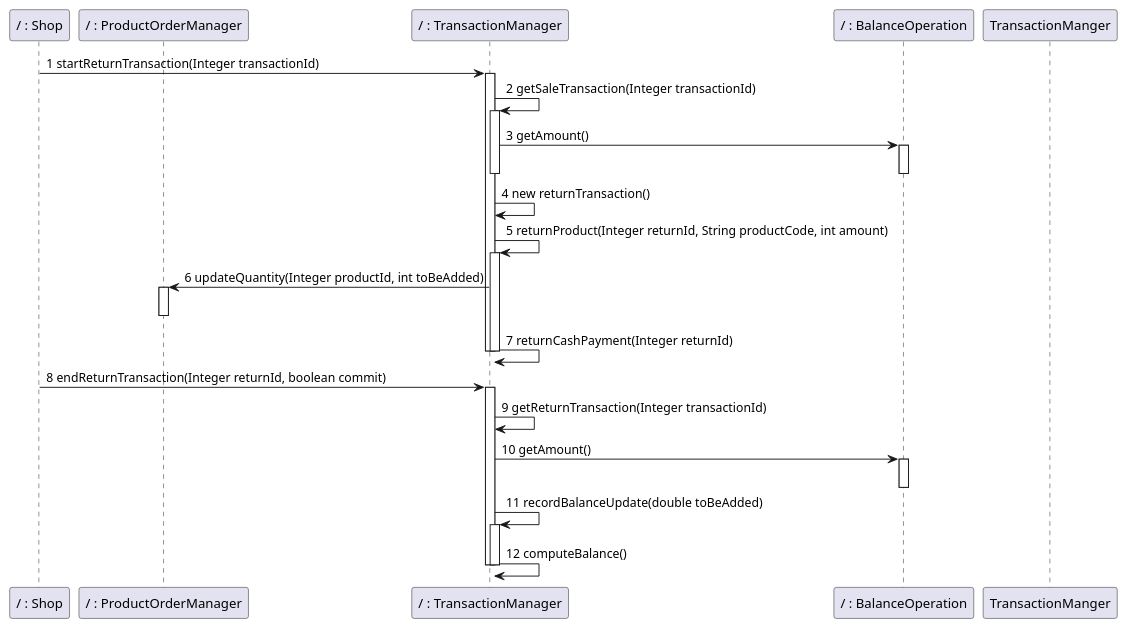
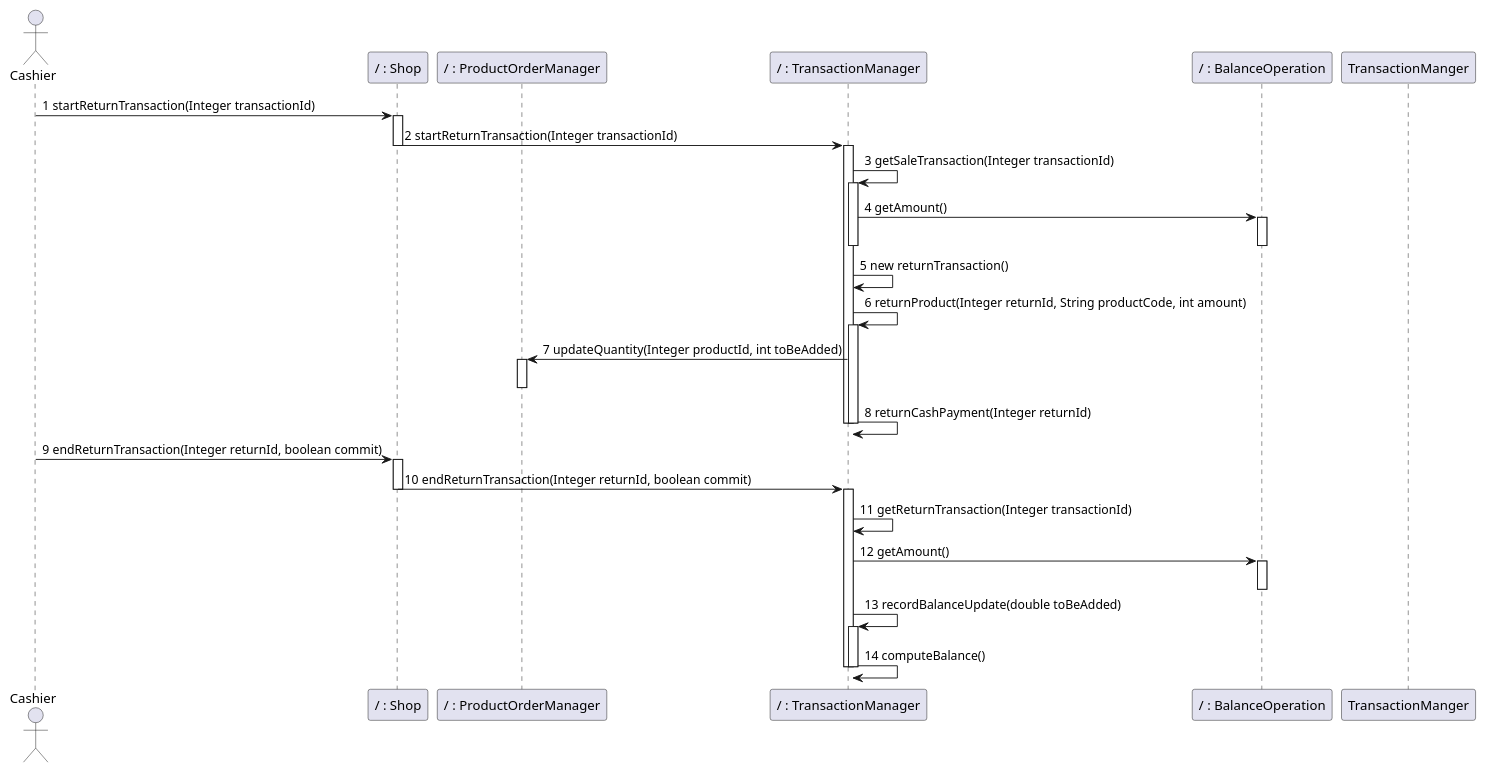
Before and after one commit to nicolabattaglino/ezshop: diagram 29 of 32 in Deliverables/DesignDocument.md, drawn with PlantUML. The commit also changed other lines of this file, not shown here.

Commit message:
added cashier

````diff
--- a/Deliverables/DesignDocument.md
+++ b/Deliverables/DesignDocument.md
@@ -1385,40 +1409,46 @@
 ```plantuml
 @startuml
-
+actor Cashier
 participant "/ : Shop" as Shop
 participant "/ : ProductOrderManager" as ProductOrderManager
 participant "/ : TransactionManager" as TransactionManager
 participant "/ : BalanceOperation" as BalanceOperation
-Shop -> TransactionManager:1 startReturnTransaction(Integer transactionId)
+Cashier -> Shop :1 startReturnTransaction(Integer transactionId)
+activate Shop
+Shop -> TransactionManager:2 startReturnTransaction(Integer transactionId)
+Deactivate Shop
 activate TransactionManager
-TransactionManager -> TransactionManager:2 getSaleTransaction(Integer transactionId)
+TransactionManager -> TransactionManager:3 getSaleTransaction(Integer transactionId)
 activate TransactionManager
-TransactionManager -> BalanceOperation :3 getAmount()
+TransactionManager -> BalanceOperation :4 getAmount()
 activate BalanceOperation
 deactivate BalanceOperation
 deactivate TransactionManager
-TransactionManager -> TransactionManager:4 new returnTransaction()
-TransactionManager -> TransactionManager:5 returnProduct(Integer returnId, String productCode, int amount)
+TransactionManager -> TransactionManager:5 new returnTransaction()
+TransactionManager -> TransactionManager:6 returnProduct(Integer returnId, String productCode, int amount)
 activate TransactionManager
-TransactionManager -> ProductOrderManager:6 updateQuantity(Integer productId, int toBeAdded)
+TransactionManager -> ProductOrderManager:7 updateQuantity(Integer productId, int toBeAdded)
 activate ProductOrderManager
 deactivate ProductOrderManager
-TransactionManager -> TransactionManager:7 returnCashPayment(Integer returnId)
+TransactionManager -> TransactionManager:8 returnCashPayment(Integer returnId)
 deactivate TransactionManager 
 deactivate TransactionManager
-Shop -> TransactionManager:8 endReturnTransaction(Integer returnId, boolean commit)
+Cashier -> Shop :9 endReturnTransaction(Integer returnId, boolean commit)
+activate Shop
+Shop -> TransactionManager:10 endReturnTransaction(Integer returnId, boolean commit)
+deactivate Shop
 activate TransactionManager
-TransactionManager -> TransactionManager:9 getReturnTransaction(Integer transactionId)
-TransactionManager -> BalanceOperation :10 getAmount()
+TransactionManager -> TransactionManager:11 getReturnTransaction(Integer transactionId)
+TransactionManager -> BalanceOperation :12 getAmount()
 activate BalanceOperation
 deactivate BalanceOperation
 deactivate TransactionManger 
-TransactionManager -> TransactionManager:11 recordBalanceUpdate(double toBeAdded)
+TransactionManager -> TransactionManager:13 recordBalanceUpdate(double toBeAdded)
 activate TransactionManager
-TransactionManager -> TransactionManager:12 computeBalance()
+TransactionManager -> TransactionManager:14 computeBalance()
 deactivate TransactionManager
 deactivate TransactionManager
 deactivate TransactionManager 
 
 @enduml
 ```
````
